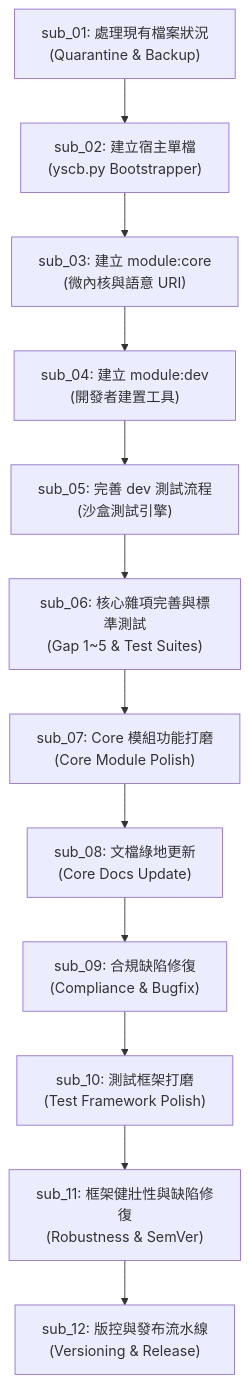
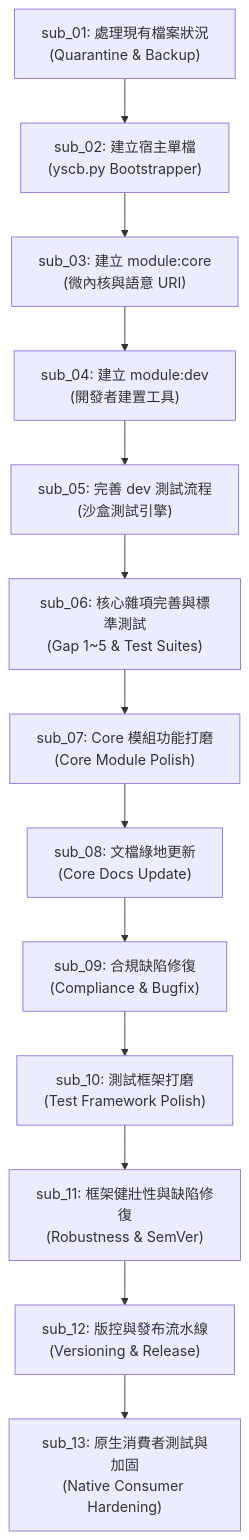
The diagram in plans/2026_08_23_2030_architecture_refactor/umbrella_overview.md (ysnaive/ys-codebase), drawn with Mermaid before and after one commit. The commit also changed other lines of this file and 25 other files, not shown here.

````diff
--- a/plans/2026_08_23_2030_architecture_refactor/umbrella_overview.md
+++ b/plans/2026_08_23_2030_architecture_refactor/umbrella_overview.md
@@ -41,14 +42,15 @@
 ```mermaid
 flowchart TD
     sub_01["sub_01: 處理現有檔案狀況<br/>(Quarantine & Backup)"] --> sub_02["sub_02: 建立宿主單檔<br/>(yscb.py Bootstrapper)"]
     sub_02 --> sub_03["sub_03: 建立 module:core<br/>(微內核與語意 URI)"]
     sub_03 --> sub_04["sub_04: 建立 module:dev<br/>(開發者建置工具)"]
     sub_04 --> sub_05["sub_05: 完善 dev 測試流程<br/>(沙盒測試引擎)"]
     sub_05 --> sub_06["sub_06: 核心雜項完善與標準測試<br/>(Gap 1~5 & Test Suites)"]
     sub_06 --> sub_07["sub_07: Core 模組功能打磨<br/>(Core Module Polish)"]
     sub_07 --> sub_08["sub_08: 文檔綠地更新<br/>(Core Docs Update)"]
     sub_08 --> sub_09["sub_09: 合規缺陷修復<br/>(Compliance & Bugfix)"]
     sub_09 --> sub_10["sub_10: 測試框架打磨<br/>(Test Framework Polish)"]
     sub_10 --> sub_11["sub_11: 框架健壯性與缺陷修復<br/>(Robustness & SemVer)"]
     sub_11 --> sub_12["sub_12: 版控與發布流水線<br/>(Versioning & Release)"]
+    sub_12 --> sub_13["sub_13: 原生消費者測試與加固<br/>(Native Consumer Hardening)"]
 ```
````
